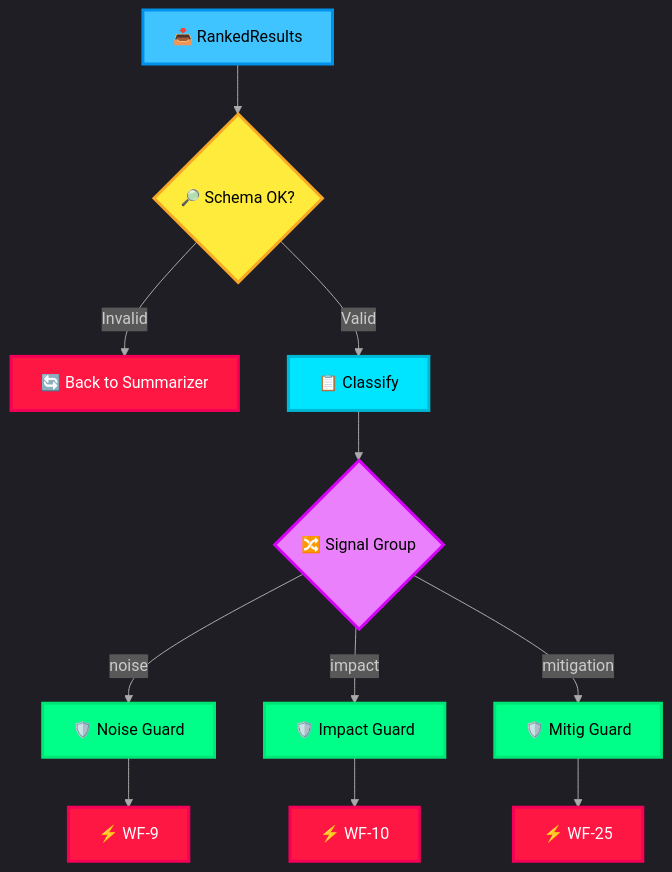
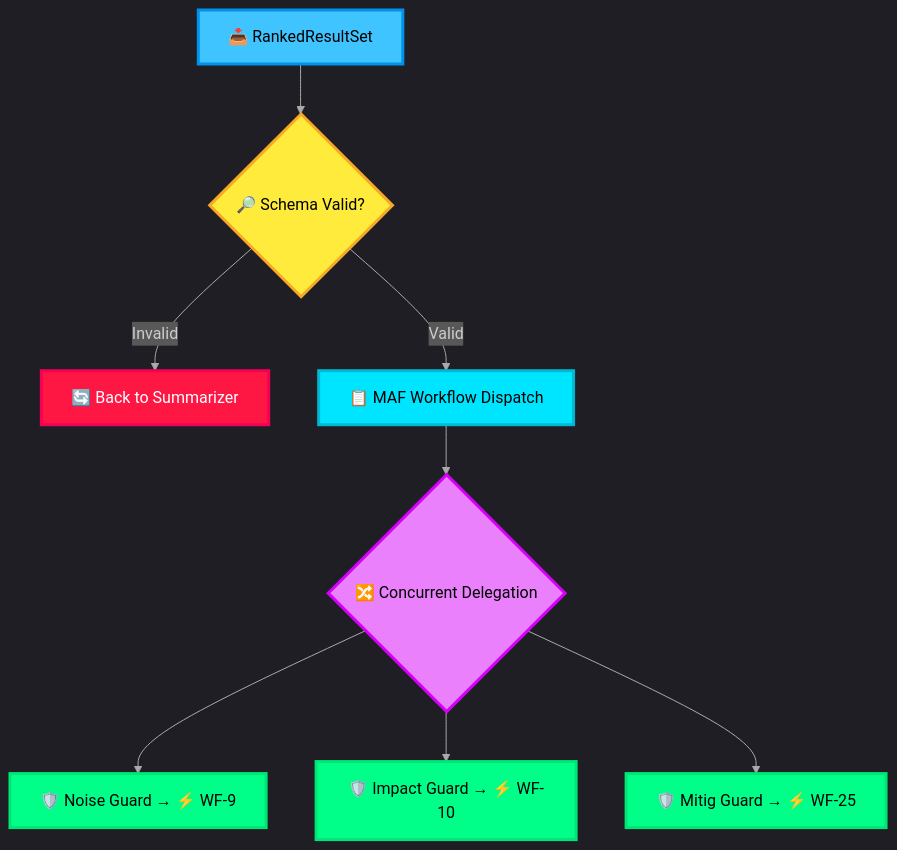
One commit to thanhauco/agentic-ai-icm-system changed the diagram in docs/08-supervisor-agent.md. Above: the diagram before and after it, drawn with Mermaid. The commit also changed other lines of this file and 1 other file, not shown here.

````diff
--- a/docs/08-supervisor-agent.md
+++ b/docs/08-supervisor-agent.md
@@ -13,26 +9,20 @@
 ```mermaid
 %%{init: {'theme': 'dark', 'themeVariables': {'lineColor': '#AAAAAA'}}}%%
 graph TD
-    A["📥 RankedResults"] --> B{"🔎 Schema OK?"}
+    A["📥 RankedResultSet"] --> B{"🔎 Schema Valid?"}
     B -->|Invalid| C["🔄 Back to Summarizer"]
-    B -->|Valid| D["📋 Classify"]
-    D --> E{"🔀 Signal Group"}
-    E -->|noise| F["🛡️ Noise Guard"]
-    E -->|impact| G["🛡️ Impact Guard"]
-    E -->|mitigation| H["🛡️ Mitig Guard"]
-    F --> I["⚡ WF-9"]
-    G --> J["⚡ WF-10"]
-    H --> K["⚡ WF-25"]
+    B -->|Valid| D["📋 MAF Workflow Dispatch"]
+    D --> E{"🔀 Concurrent Delegation"}
+    E --> F["🛡️ Noise Guard → ⚡ WF-9"]
+    E --> G["🛡️ Impact Guard → ⚡ WF-10"]
+    E --> H["🛡️ Mitig Guard → ⚡ WF-25"]
 
     style A fill:#40C4FF,stroke:#0091EA,stroke-width:3px,color:#000
     style B fill:#FFEB3B,stroke:#F9A825,stroke-width:3px,color:#000
     style C fill:#FF1744,stroke:#F50057,stroke-width:3px,color:#fff
     style D fill:#00E5FF,stroke:#00B8D4,stroke-width:3px,color:#000
     style E fill:#EA80FC,stroke:#D500F9,stroke-width:3px,color:#000
     style F fill:#00FF88,stroke:#00E676,stroke-width:3px,color:#000
     style G fill:#00FF88,stroke:#00E676,stroke-width:3px,color:#000
     style H fill:#00FF88,stroke:#00E676,stroke-width:3px,color:#000
-    style I fill:#FF1744,stroke:#F50057,stroke-width:3px,color:#fff
-    style J fill:#FF1744,stroke:#F50057,stroke-width:3px,color:#fff
-    style K fill:#FF1744,stroke:#F50057,stroke-width:3px,color:#fff
 ```
````
